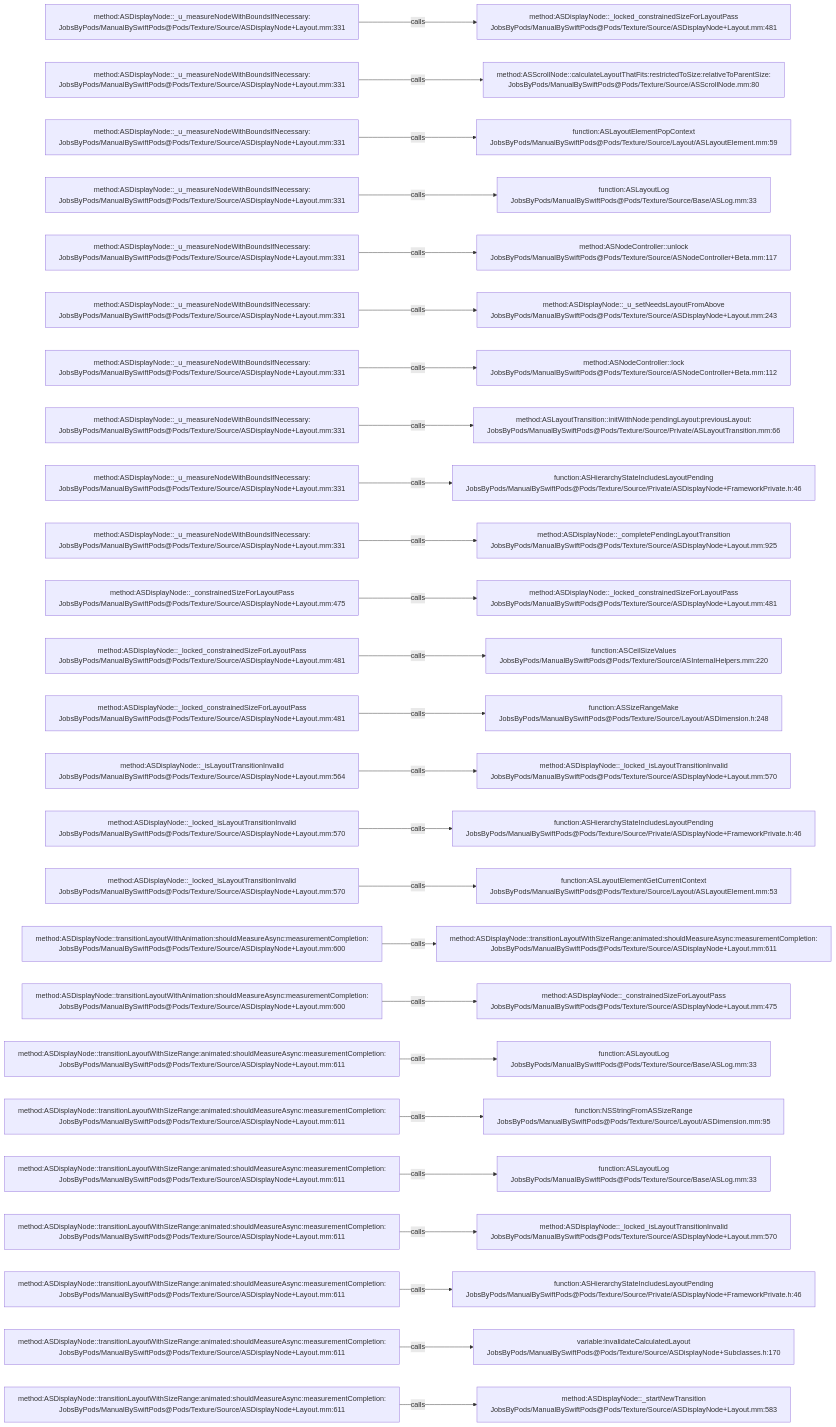
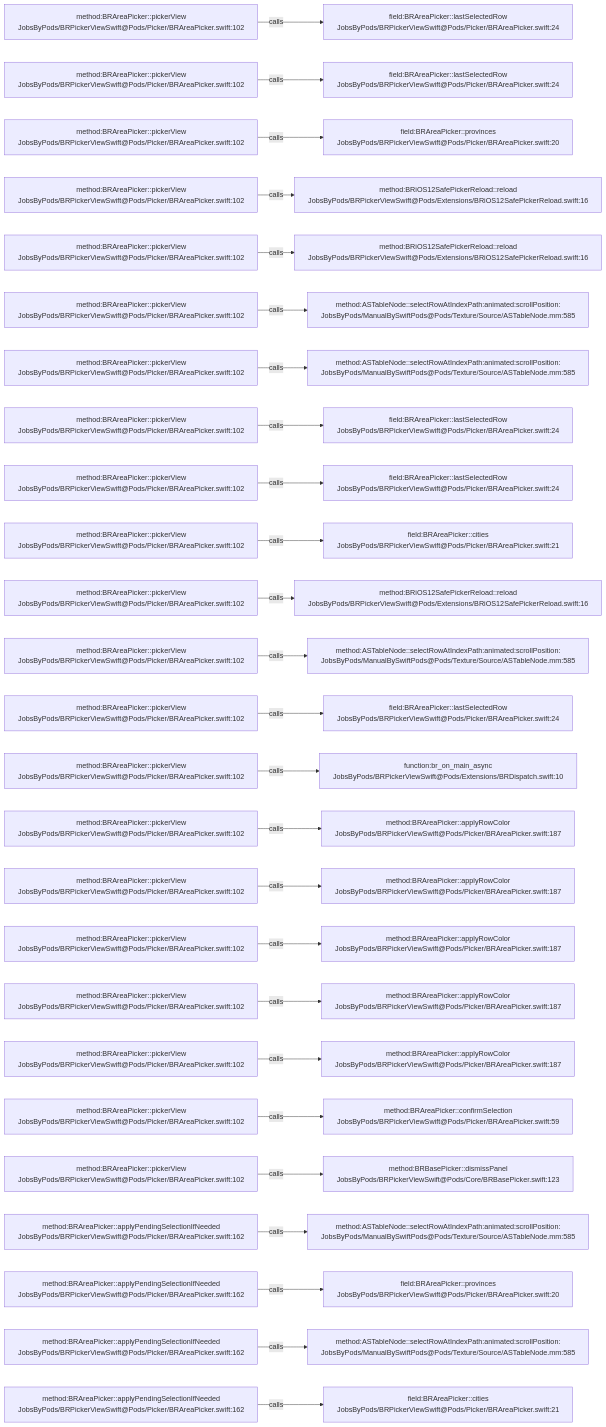
Before and after one commit to JobsKits/JobsSwiftBaseConfigDemo: the diagram in .codegraph/codegraph.md/graphs/calls-022.md, drawn with Mermaid. The commit also changed 224 other files, not shown here.

````diff
--- a/.codegraph/codegraph.md/graphs/calls-022.md
+++ b/.codegraph/codegraph.md/graphs/calls-022.md
@@ -13,78 +13,78 @@
 ```mermaid
 flowchart LR
-  S1["method:ASDisplayNode::_u_measureNodeWithBoundsIfNecessary:<br/>JobsByPods/ManualBySwiftPods@Pods/Texture/Source/ASDisplayNode+Layout.mm:331"]
-  T1["method:ASDisplayNode::_locked_constrainedSizeForLayoutPass<br/>JobsByPods/ManualBySwiftPods@Pods/Texture/Source/ASDisplayNode+Layout.mm:481"]
+  S1["method:BRAreaPicker::pickerView<br/>JobsByPods/BRPickerViewSwift@Pods/Picker/BRAreaPicker.swift:102"]
+  T1["field:BRAreaPicker::lastSelectedRow<br/>JobsByPods/BRPickerViewSwift@Pods/Picker/BRAreaPicker.swift:24"]
   S1 -->|calls| T1
-  S2["method:ASDisplayNode::_u_measureNodeWithBoundsIfNecessary:<br/>JobsByPods/ManualBySwiftPods@Pods/Texture/Source/ASDisplayNode+Layout.mm:331"]
-  T2["method:ASScrollNode::calculateLayoutThatFits:restrictedToSize:relativeToParentSize:<br/>JobsByPods/ManualBySwiftPods@Pods/Texture/Source/ASScrollNode.mm:80"]
+  S2["method:BRAreaPicker::pickerView<br/>JobsByPods/BRPickerViewSwift@Pods/Picker/BRAreaPicker.swift:102"]
+  T2["field:BRAreaPicker::lastSelectedRow<br/>JobsByPods/BRPickerViewSwift@Pods/Picker/BRAreaPicker.swift:24"]
   S2 -->|calls| T2
-  S3["method:ASDisplayNode::_u_measureNodeWithBoundsIfNecessary:<br/>JobsByPods/ManualBySwiftPods@Pods/Texture/Source/ASDisplayNode+Layout.mm:331"]
-  T3["function:ASLayoutElementPopContext<br/>JobsByPods/ManualBySwiftPods@Pods/Texture/Source/Layout/ASLayoutElement.mm:59"]
+  S3["method:BRAreaPicker::pickerView<br/>JobsByPods/BRPickerViewSwift@Pods/Picker/BRAreaPicker.swift:102"]
+  T3["field:BRAreaPicker::provinces<br/>JobsByPods/BRPickerViewSwift@Pods/Picker/BRAreaPicker.swift:20"]
   S3 -->|calls| T3
-  S4["method:ASDisplayNode::_u_measureNodeWithBoundsIfNecessary:<br/>JobsByPods/ManualBySwiftPods@Pods/Texture/Source/ASDisplayNode+Layout.mm:331"]
-  T4["function:ASLayoutLog<br/>JobsByPods/ManualBySwiftPods@Pods/Texture/Source/Base/ASLog.mm:33"]
+  S4["method:BRAreaPicker::pickerView<br/>JobsByPods/BRPickerViewSwift@Pods/Picker/BRAreaPicker.swift:102"]
+  T4["method:BRiOS12SafePickerReload::reload<br/>JobsByPods/BRPickerViewSwift@Pods/Extensions/BRiOS12SafePickerReload.swift:16"]
   S4 -->|calls| T4
-  S5["method:ASDisplayNode::_u_measureNodeWithBoundsIfNecessary:<br/>JobsByPods/ManualBySwiftPods@Pods/Texture/Source/ASDisplayNode+Layout.mm:331"]
-  T5["method:ASNodeController::unlock<br/>JobsByPods/ManualBySwiftPods@Pods/Texture/Source/ASNodeController+Beta.mm:117"]
+  S5["method:BRAreaPicker::pickerView<br/>JobsByPods/BRPickerViewSwift@Pods/Picker/BRAreaPicker.swift:102"]
+  T5["method:BRiOS12SafePickerReload::reload<br/>JobsByPods/BRPickerViewSwift@Pods/Extensions/BRiOS12SafePickerReload.swift:16"]
   S5 -->|calls| T5
-  S6["method:ASDisplayNode::_u_measureNodeWithBoundsIfNecessary:<br/>JobsByPods/ManualBySwiftPods@Pods/Texture/Source/ASDisplayNode+Layout.mm:331"]
-  T6["method:ASDisplayNode::_u_setNeedsLayoutFromAbove<br/>JobsByPods/ManualBySwiftPods@Pods/Texture/Source/ASDisplayNode+Layout.mm:243"]
+  S6["method:BRAreaPicker::pickerView<br/>JobsByPods/BRPickerViewSwift@Pods/Picker/BRAreaPicker.swift:102"]
+  T6["method:ASTableNode::selectRowAtIndexPath:animated:scrollPosition:<br/>JobsByPods/ManualBySwiftPods@Pods/Texture/Source/ASTableNode.mm:585"]
   S6 -->|calls| T6
-  S7["method:ASDisplayNode::_u_measureNodeWithBoundsIfNecessary:<br/>JobsByPods/ManualBySwiftPods@Pods/Texture/Source/ASDisplayNode+Layout.mm:331"]
-  T7["method:ASNodeController::lock<br/>JobsByPods/ManualBySwiftPods@Pods/Texture/Source/ASNodeController+Beta.mm:112"]
+  S7["method:BRAreaPicker::pickerView<br/>JobsByPods/BRPickerViewSwift@Pods/Picker/BRAreaPicker.swift:102"]
+  T7["method:ASTableNode::selectRowAtIndexPath:animated:scrollPosition:<br/>JobsByPods/ManualBySwiftPods@Pods/Texture/Source/ASTableNode.mm:585"]
   S7 -->|calls| T7
-  S8["method:ASDisplayNode::_u_measureNodeWithBoundsIfNecessary:<br/>JobsByPods/ManualBySwiftPods@Pods/Texture/Source/ASDisplayNode+Layout.mm:331"]
-  T8["method:ASLayoutTransition::initWithNode:pendingLayout:previousLayout:<br/>JobsByPods/ManualBySwiftPods@Pods/Texture/Source/Private/ASLayoutTransition.mm:66"]
+  S8["method:BRAreaPicker::pickerView<br/>JobsByPods/BRPickerViewSwift@Pods/Picker/BRAreaPicker.swift:102"]
+  T8["field:BRAreaPicker::lastSelectedRow<br/>JobsByPods/BRPickerViewSwift@Pods/Picker/BRAreaPicker.swift:24"]
   S8 -->|calls| T8
-  S9["method:ASDisplayNode::_u_measureNodeWithBoundsIfNecessary:<br/>JobsByPods/ManualBySwiftPods@Pods/Texture/Source/ASDisplayNode+Layout.mm:331"]
-  T9["function:ASHierarchyStateIncludesLayoutPending<br/>JobsByPods/ManualBySwiftPods@Pods/Texture/Source/Private/ASDisplayNode+FrameworkPrivate.h:46"]
+  S9["method:BRAreaPicker::pickerView<br/>JobsByPods/BRPickerViewSwift@Pods/Picker/BRAreaPicker.swift:102"]
+  T9["field:BRAreaPicker::lastSelectedRow<br/>JobsByPods/BRPickerViewSwift@Pods/Picker/BRAreaPicker.swift:24"]
   S9 -->|calls| T9
-  S10["method:ASDisplayNode::_u_measureNodeWithBoundsIfNecessary:<br/>JobsByPods/ManualBySwiftPods@Pods/Texture/Source/ASDisplayNode+Layout.mm:331"]
-  T10["method:ASDisplayNode::_completePendingLayoutTransition<br/>JobsByPods/ManualBySwiftPods@Pods/Texture/Source/ASDisplayNode+Layout.mm:925"]
+  S10["method:BRAreaPicker::pickerView<br/>JobsByPods/BRPickerViewSwift@Pods/Picker/BRAreaPicker.swift:102"]
+  T10["field:BRAreaPicker::cities<br/>JobsByPods/BRPickerViewSwift@Pods/Picker/BRAreaPicker.swift:21"]
   S10 -->|calls| T10
-  S11["method:ASDisplayNode::_constrainedSizeForLayoutPass<br/>JobsByPods/ManualBySwiftPods@Pods/Texture/Source/ASDisplayNode+Layout.mm:475"]
-  T11["method:ASDisplayNode::_locked_constrainedSizeForLayoutPass<br/>JobsByPods/ManualBySwiftPods@Pods/Texture/Source/ASDisplayNode+Layout.mm:481"]
+  S11["method:BRAreaPicker::pickerView<br/>JobsByPods/BRPickerViewSwift@Pods/Picker/BRAreaPicker.swift:102"]
+  T11["method:BRiOS12SafePickerReload::reload<br/>JobsByPods/BRPickerViewSwift@Pods/Extensions/BRiOS12SafePickerReload.swift:16"]
   S11 -->|calls| T11
-  S12["method:ASDisplayNode::_locked_constrainedSizeForLayoutPass<br/>JobsByPods/ManualBySwiftPods@Pods/Texture/Source/ASDisplayNode+Layout.mm:481"]
-  T12["function:ASCeilSizeValues<br/>JobsByPods/ManualBySwiftPods@Pods/Texture/Source/ASInternalHelpers.mm:220"]
+  S12["method:BRAreaPicker::pickerView<br/>JobsByPods/BRPickerViewSwift@Pods/Picker/BRAreaPicker.swift:102"]
+  T12["method:ASTableNode::selectRowAtIndexPath:animated:scrollPosition:<br/>JobsByPods/ManualBySwiftPods@Pods/Texture/Source/ASTableNode.mm:585"]
   S12 -->|calls| T12
-  S13["method:ASDisplayNode::_locked_constrainedSizeForLayoutPass<br/>JobsByPods/ManualBySwiftPods@Pods/Texture/Source/ASDisplayNode+Layout.mm:481"]
-  T13["function:ASSizeRangeMake<br/>JobsByPods/ManualBySwiftPods@Pods/Texture/Source/Layout/ASDimension.h:248"]
+  S13["method:BRAreaPicker::pickerView<br/>JobsByPods/BRPickerViewSwift@Pods/Picker/BRAreaPicker.swift:102"]
+  T13["field:BRAreaPicker::lastSelectedRow<br/>JobsByPods/BRPickerViewSwift@Pods/Picker/BRAreaPicker.swift:24"]
   S13 -->|calls| T13
-  S14["method:ASDisplayNode::_isLayoutTransitionInvalid<br/>JobsByPods/ManualBySwiftPods@Pods/Texture/Source/ASDisplayNode+Layout.mm:564"]
-  T14["method:ASDisplayNode::_locked_isLayoutTransitionInvalid<br/>JobsByPods/ManualBySwiftPods@Pods/Texture/Source/ASDisplayNode+Layout.mm:570"]
+  S14["method:BRAreaPicker::pickerView<br/>JobsByPods/BRPickerViewSwift@Pods/Picker/BRAreaPicker.swift:102"]
+  T14["function:br_on_main_async<br/>JobsByPods/BRPickerViewSwift@Pods/Extensions/BRDispatch.swift:10"]
   S14 -->|calls| T14
-  S15["method:ASDisplayNode::_locked_isLayoutTransitionInvalid<br/>JobsByPods/ManualBySwiftPods@Pods/Texture/Source/ASDisplayNode+Layout.mm:570"]
-  T15["function:ASHierarchyStateIncludesLayoutPending<br/>JobsByPods/ManualBySwiftPods@Pods/Texture/Source/Private/ASDisplayNode+FrameworkPrivate.h:46"]
+  S15["method:BRAreaPicker::pickerView<br/>JobsByPods/BRPickerViewSwift@Pods/Picker/BRAreaPicker.swift:102"]
+  T15["method:BRAreaPicker::applyRowColor<br/>JobsByPods/BRPickerViewSwift@Pods/Picker/BRAreaPicker.swift:187"]
   S15 -->|calls| T15
-  S16["method:ASDisplayNode::_locked_isLayoutTransitionInvalid<br/>JobsByPods/ManualBySwiftPods@Pods/Texture/Source/ASDisplayNode+Layout.mm:570"]
-  T16["function:ASLayoutElementGetCurrentContext<br/>JobsByPods/ManualBySwiftPods@Pods/Texture/Source/Layout/ASLayoutElement.mm:53"]
+  S16["method:BRAreaPicker::pickerView<br/>JobsByPods/BRPickerViewSwift@Pods/Picker/BRAreaPicker.swift:102"]
+  T16["method:BRAreaPicker::applyRowColor<br/>JobsByPods/BRPickerViewSwift@Pods/Picker/BRAreaPicker.swift:187"]
   S16 -->|calls| T16
-  S17["method:ASDisplayNode::transitionLayoutWithAnimation:shouldMeasureAsync:measurementCompletion:<br/>JobsByPods/ManualBySwiftPods@Pods/Texture/Source/ASDisplayNode+Layout.mm:600"]
-  T17["method:ASDisplayNode::transitionLayoutWithSizeRange:animated:shouldMeasureAsync:measurementCompletion:<br/>JobsByPods/ManualBySwiftPods@Pods/Texture/Source/ASDisplayNode+Layout.mm:611"]
+  S17["method:BRAreaPicker::pickerView<br/>JobsByPods/BRPickerViewSwift@Pods/Picker/BRAreaPicker.swift:102"]
+  T17["method:BRAreaPicker::applyRowColor<br/>JobsByPods/BRPickerViewSwift@Pods/Picker/BRAreaPicker.swift:187"]
   S17 -->|calls| T17
-  S18["method:ASDisplayNode::transitionLayoutWithAnimation:shouldMeasureAsync:measurementCompletion:<br/>JobsByPods/ManualBySwiftPods@Pods/Texture/Source/ASDisplayNode+Layout.mm:600"]
-  T18["method:ASDisplayNode::_constrainedSizeForLayoutPass<br/>JobsByPods/ManualBySwiftPods@Pods/Texture/Source/ASDisplayNode+Layout.mm:475"]
+  S18["method:BRAreaPicker::pickerView<br/>JobsByPods/BRPickerViewSwift@Pods/Picker/BRAreaPicker.swift:102"]
+  T18["method:BRAreaPicker::applyRowColor<br/>JobsByPods/BRPickerViewSwift@Pods/Picker/BRAreaPicker.swift:187"]
   S18 -->|calls| T18
-  S19["method:ASDisplayNode::transitionLayoutWithSizeRange:animated:shouldMeasureAsync:measurementCompletion:<br/>JobsByPods/ManualBySwiftPods@Pods/Texture/Source/ASDisplayNode+Layout.mm:611"]
-  T19["function:ASLayoutLog<br/>JobsByPods/ManualBySwiftPods@Pods/Texture/Source/Base/ASLog.mm:33"]
+  S19["method:BRAreaPicker::pickerView<br/>JobsByPods/BRPickerViewSwift@Pods/Picker/BRAreaPicker.swift:102"]
+  T19["method:BRAreaPicker::applyRowColor<br/>JobsByPods/BRPickerViewSwift@Pods/Picker/BRAreaPicker.swift:187"]
   S19 -->|calls| T19
-  S20["method:ASDisplayNode::transitionLayoutWithSizeRange:animated:shouldMeasureAsync:measurementCompletion:<br/>JobsByPods/ManualBySwiftPods@Pods/Texture/Source/ASDisplayNode+Layout.mm:611"]
-  T20["function:NSStringFromASSizeRange<br/>JobsByPods/ManualBySwiftPods@Pods/Texture/Source/Layout/ASDimension.mm:95"]
+  S20["method:BRAreaPicker::pickerView<br/>JobsByPods/BRPickerViewSwift@Pods/Picker/BRAreaPicker.swift:102"]
+  T20["method:BRAreaPicker::confirmSelection<br/>JobsByPods/BRPickerViewSwift@Pods/Picker/BRAreaPicker.swift:59"]
   S20 -->|calls| T20
-  S21["method:ASDisplayNode::transitionLayoutWithSizeRange:animated:shouldMeasureAsync:measurementCompletion:<br/>JobsByPods/ManualBySwiftPods@Pods/Texture/Source/ASDisplayNode+Layout.mm:611"]
-  T21["function:ASLayoutLog<br/>JobsByPods/ManualBySwiftPods@Pods/Texture/Source/Base/ASLog.mm:33"]
+  S21["method:BRAreaPicker::pickerView<br/>JobsByPods/BRPickerViewSwift@Pods/Picker/BRAreaPicker.swift:102"]
+  T21["method:BRBasePicker::dismissPanel<br/>JobsByPods/BRPickerViewSwift@Pods/Core/BRBasePicker.swift:123"]
   S21 -->|calls| T21
-  S22["method:ASDisplayNode::transitionLayoutWithSizeRange:animated:shouldMeasureAsync:measurementCompletion:<br/>JobsByPods/ManualBySwiftPods@Pods/Texture/Source/ASDisplayNode+Layout.mm:611"]
-  T22["method:ASDisplayNode::_locked_isLayoutTransitionInvalid<br/>JobsByPods/ManualBySwiftPods@Pods/Texture/Source/ASDisplayNode+Layout.mm:570"]
+  S22["method:BRAreaPicker::applyPendingSelectionIfNeeded<br/>JobsByPods/BRPickerViewSwift@Pods/Picker/BRAreaPicker.swift:162"]
+  T22["method:ASTableNode::selectRowAtIndexPath:animated:scrollPosition:<br/>JobsByPods/ManualBySwiftPods@Pods/Texture/Source/ASTableNode.mm:585"]
   S22 -->|calls| T22
-  S23["method:ASDisplayNode::transitionLayoutWithSizeRange:animated:shouldMeasureAsync:measurementCompletion:<br/>JobsByPods/ManualBySwiftPods@Pods/Texture/Source/ASDisplayNode+Layout.mm:611"]
-  T23["function:ASHierarchyStateIncludesLayoutPending<br/>JobsByPods/ManualBySwiftPods@Pods/Texture/Source/Private/ASDisplayNode+FrameworkPrivate.h:46"]
+  S23["method:BRAreaPicker::applyPendingSelectionIfNeeded<br/>JobsByPods/BRPickerViewSwift@Pods/Picker/BRAreaPicker.swift:162"]
+  T23["field:BRAreaPicker::provinces<br/>JobsByPods/BRPickerViewSwift@Pods/Picker/BRAreaPicker.swift:20"]
   S23 -->|calls| T23
-  S24["method:ASDisplayNode::transitionLayoutWithSizeRange:animated:shouldMeasureAsync:measurementCompletion:<br/>JobsByPods/ManualBySwiftPods@Pods/Texture/Source/ASDisplayNode+Layout.mm:611"]
-  T24["variable:invalidateCalculatedLayout<br/>JobsByPods/ManualBySwiftPods@Pods/Texture/Source/ASDisplayNode+Subclasses.h:170"]
+  S24["method:BRAreaPicker::applyPendingSelectionIfNeeded<br/>JobsByPods/BRPickerViewSwift@Pods/Picker/BRAreaPicker.swift:162"]
+  T24["method:ASTableNode::selectRowAtIndexPath:animated:scrollPosition:<br/>JobsByPods/ManualBySwiftPods@Pods/Texture/Source/ASTableNode.mm:585"]
   S24 -->|calls| T24
-  S25["method:ASDisplayNode::transitionLayoutWithSizeRange:animated:shouldMeasureAsync:measurementCompletion:<br/>JobsByPods/ManualBySwiftPods@Pods/Texture/Source/ASDisplayNode+Layout.mm:611"]
-  T25["method:ASDisplayNode::_startNewTransition<br/>JobsByPods/ManualBySwiftPods@Pods/Texture/Source/ASDisplayNode+Layout.mm:583"]
+  S25["method:BRAreaPicker::applyPendingSelectionIfNeeded<br/>JobsByPods/BRPickerViewSwift@Pods/Picker/BRAreaPicker.swift:162"]
+  T25["field:BRAreaPicker::cities<br/>JobsByPods/BRPickerViewSwift@Pods/Picker/BRAreaPicker.swift:21"]
   S25 -->|calls| T25
 ```
````
